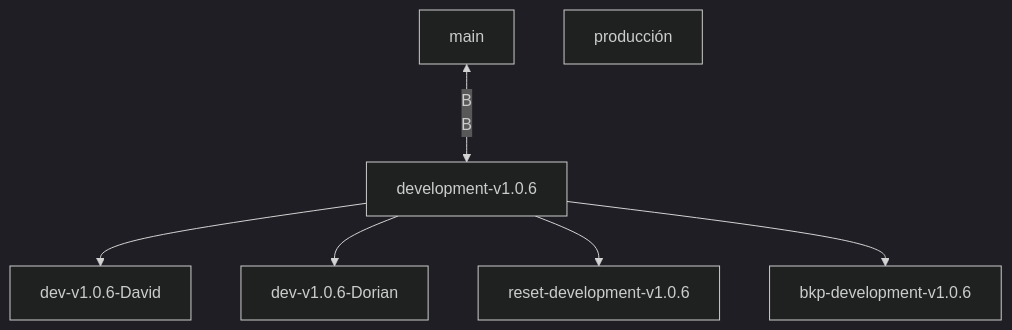
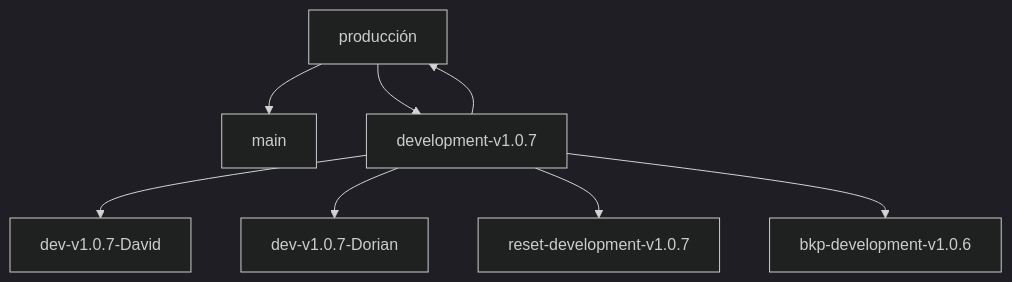
One commit to dorianprogrammer/SINPEConectaCR changed the first of 2 diagrams in docs/architecture/branching-strategy.md. Above: the diagram before and after it, drawn with Mermaid (dark theme). The commit also changed other lines of this file, not shown here.

````diff
--- a/docs/architecture/branching-strategy.md
+++ b/docs/architecture/branching-strategy.md
@@ -65,17 +52,25 @@
 ```mermaid
 graph TD
     A[main]
     B[producción]
-    C[development-v1.0.6]
-    D1[dev-v1.0.6-David]
-    D2[dev-v1.0.6-Dorian]
-    E1[reset-development-v1.0.6]
+    C[development-v1.0.7]
+    D1[dev-v1.0.7-David]
+    D2[dev-v1.0.7-Dorian]
+    E1[reset-development-v1.0.7]
     E2[bkp-development-v1.0.6]
 
-    A <-- B
+    %% Flujo de release
+    C --> B
+    B --> A
+
+    %% Inicio de nueva versión desde producción
     B --> C
+
+    %% Trabajo colaborador
     C --> D1
     C --> D2
+
+    %% Soporte de restauración y backup
     C --> E1
     C --> E2
 ```
````
